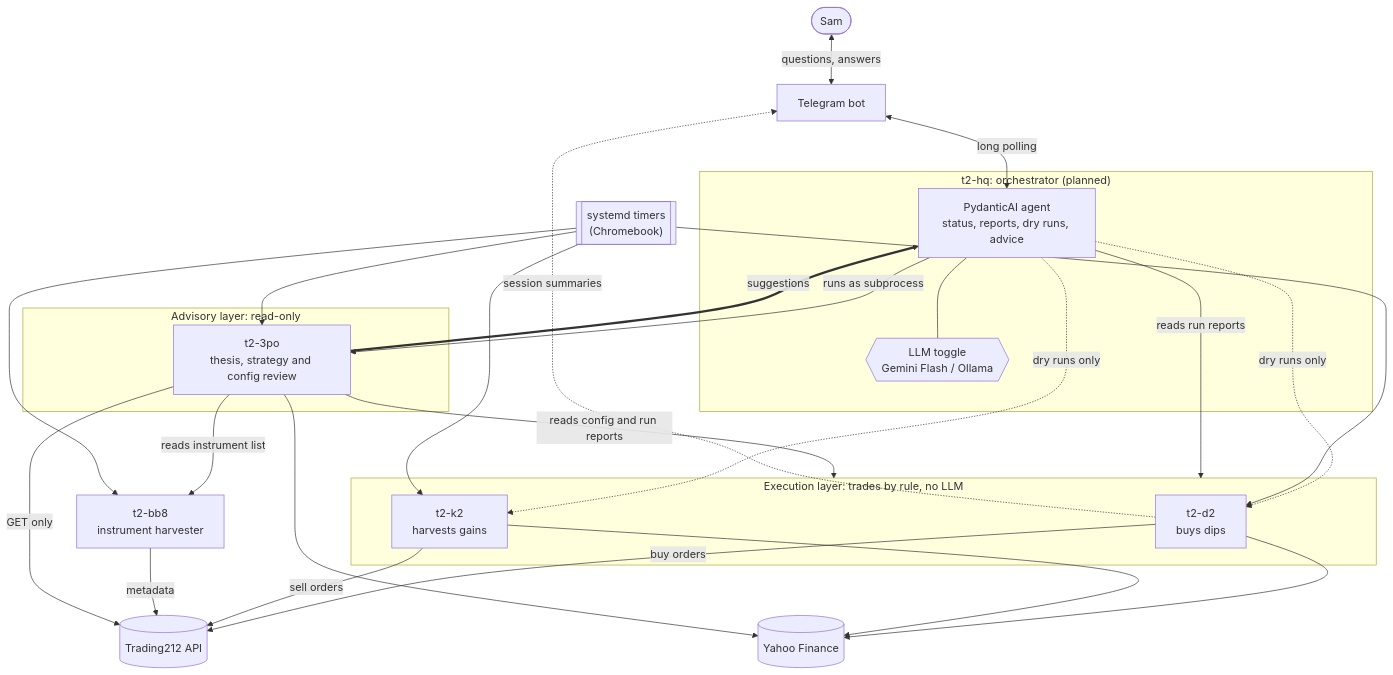
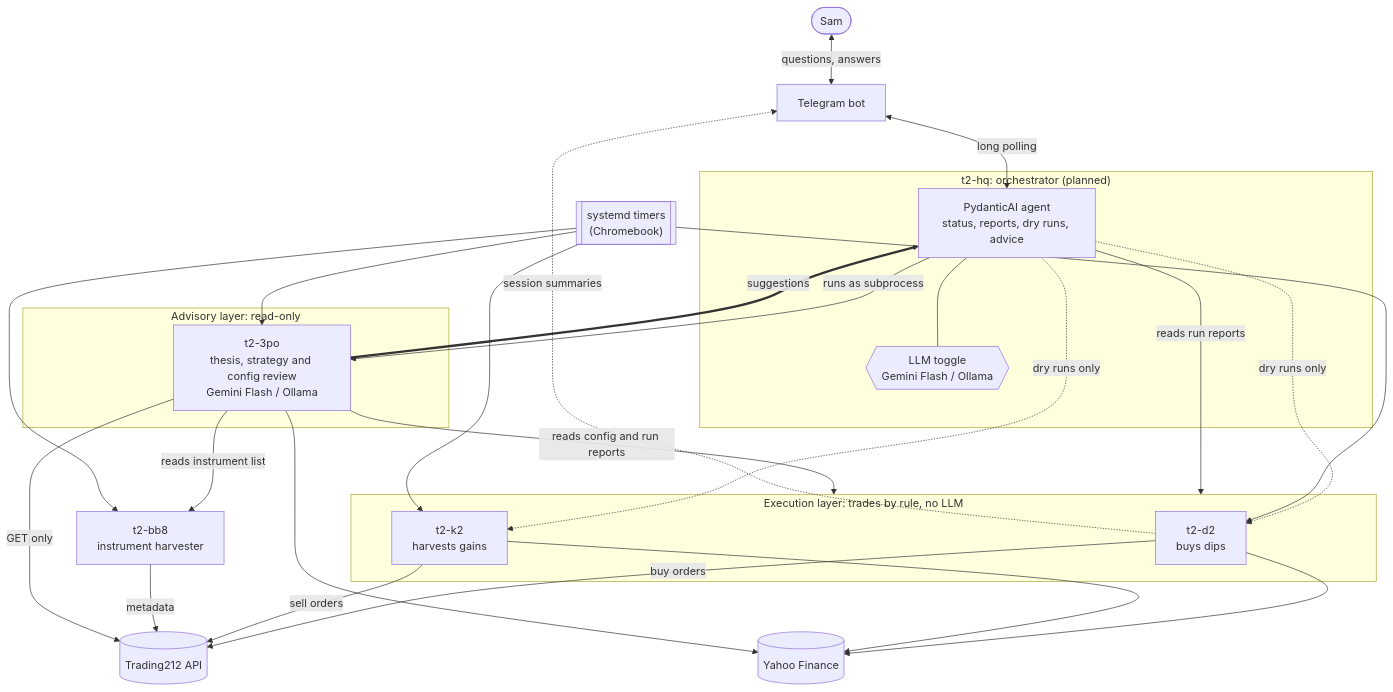
The first of 3 diagrams in ARCHITECTURE.md (samlarsen1/t2-hq), drawn with Mermaid before and after one commit. The commit also changed other lines of this file and 1 other file, not shown here.

````diff
--- a/ARCHITECTURE.md
+++ b/ARCHITECTURE.md
@@ -8,51 +8,51 @@
 ```mermaid
 flowchart TB
     sam(["Sam"])
     tg["Telegram bot"]
 
     subgraph hq["t2-hq: orchestrator (planned)"]
         agent["PydanticAI agent<br/>status, reports, dry runs, advice"]
         llm{{"LLM toggle<br/>Gemini Flash / Ollama"}}
         agent --- llm
     end
 
     subgraph advisory["Advisory layer: read-only"]
-        c3po["t2-3po<br/>thesis, strategy and config review"]
+        c3po["t2-3po<br/>thesis, strategy and config review<br/>Gemini Flash / Ollama"]
     end
 
     subgraph exec["Execution layer: trades by rule, no LLM"]
         d2["t2-d2<br/>buys dips"]
         k2["t2-k2<br/>harvests gains"]
     end
 
     bb8["t2-bb8<br/>instrument harvester"]
 
     timers[["systemd timers<br/>(Chromebook)"]]
     t212[("Trading212 API")]
     yahoo[("Yahoo Finance")]
 
     sam <-->|"questions, answers"| tg
     tg <-->|"long polling"| agent
 
     agent -->|"runs as subprocess"| c3po
     agent -.->|"dry runs only"| d2
     agent -.->|"dry runs only"| k2
     agent -->|"reads run reports"| exec
 
     c3po -->|"reads config and run reports"| exec
     c3po -->|"reads instrument list"| bb8
     c3po ==>|"suggestions"| agent
 
     timers --> d2
     timers --> k2
     timers --> bb8
     timers --> c3po
 
     d2 -->|"buy orders"| t212
     k2 -->|"sell orders"| t212
     bb8 -->|"metadata"| t212
     c3po -->|"GET only"| t212
     d2 & k2 & c3po --> yahoo
 
     d2 -.->|"session summaries"| tg
 ```
````
